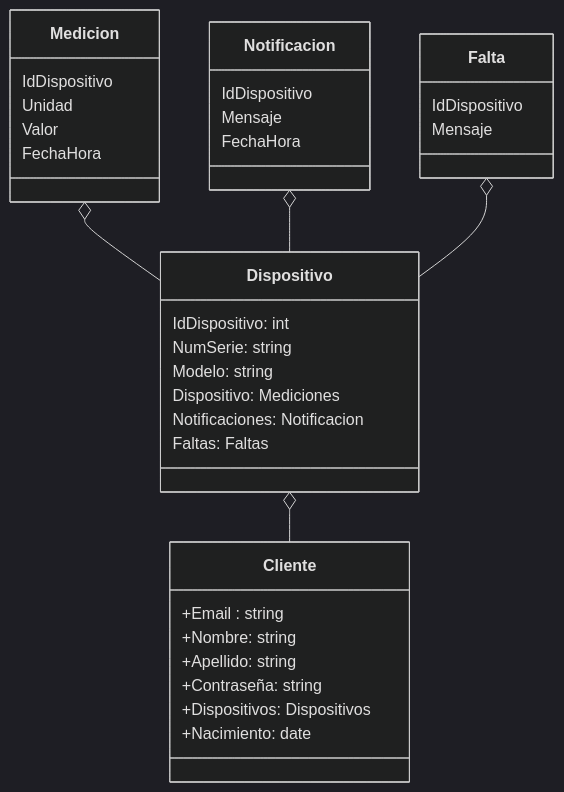
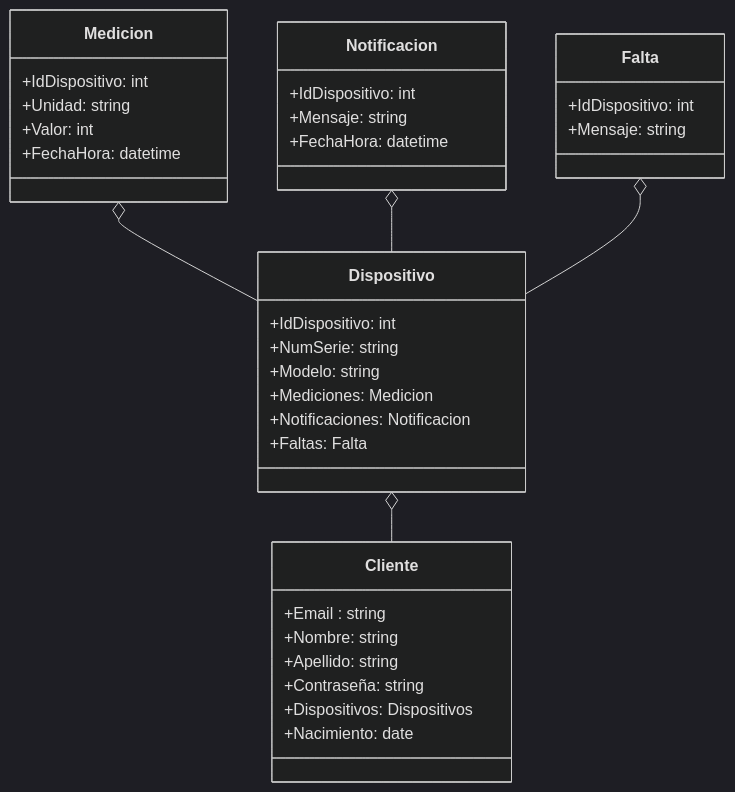
One commit to josesinio/REI changed the diagram in docs/Diagrama.mmd. Above: the diagram before and after it, drawn with Mermaid (dark theme). The commit also changed other lines of this file, not shown here.

Commit message:
Actualizar Diagrama.mmd

```diff
--- a/docs/Diagrama.mmd
+++ b/docs/Diagrama.mmd
@@ -1,40 +1,44 @@
 classDiagram
     Dispositivo o-- Cliente 
     Medicion o-- Dispositivo
     Notificacion o-- Dispositivo
     Falta o-- Dispositivo
 
     class Cliente {
     +Email : string
     +Nombre: string
     +Apellido: string
     +Contraseña: string
     +Dispositivos: Dispositivos 
     +Nacimiento: date
     }
     
 
     class Dispositivo{
-    IdDispositivo: int   
-    NumSerie: string
-    Modelo: string
-    Dispositivo: Mediciones
-    Notificaciones: Notificacion
-    Faltas: Faltas
+    +IdDispositivo: int   
+    +NumSerie: string
+    +Modelo: string
+    +Mediciones: Medicion
+    +Notificaciones: Notificacion
+    +Faltas: Falta
     }
     
 
-    class Falta
-    Falta: IdDispositivo
-    Falta: Mensaje
+    class Falta{
+    +IdDispositivo: int
+    +Mensaje: string
+    }
 
-    class Medicion 
-    Medicion: IdDispositivo
-    Medicion: Unidad
-    Medicion: Valor
-    Medicion: FechaHora
+    class Medicion {
+    +IdDispositivo: int
+    +Unidad: string 
+    +Valor: int
+    +FechaHora: datetime
+   }
+    
 
-    class Notificacion
-    Notificacion: IdDispositivo
-    Notificacion: Mensaje
-    Notificacion: FechaHora
+    class Notificacion{
+    +IdDispositivo: int 
+    +Mensaje: string 
+    +FechaHora: datetime 
+}
```
